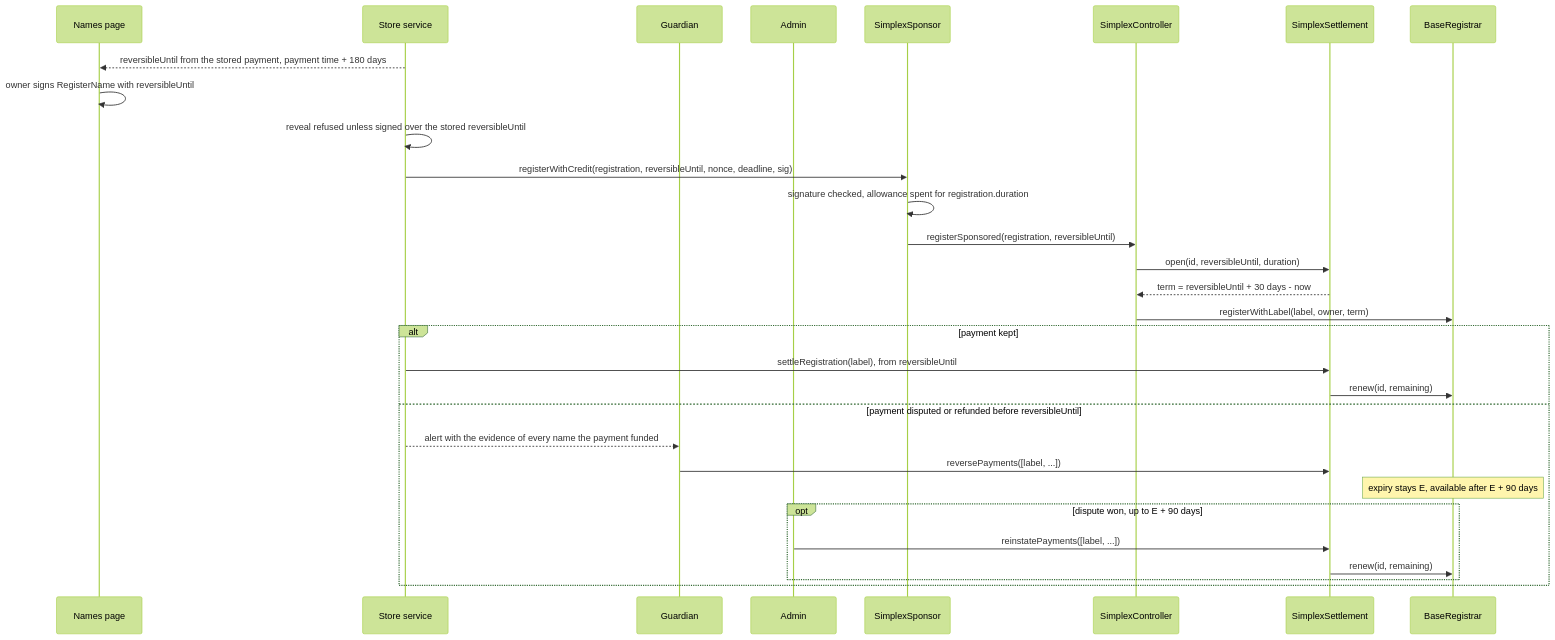
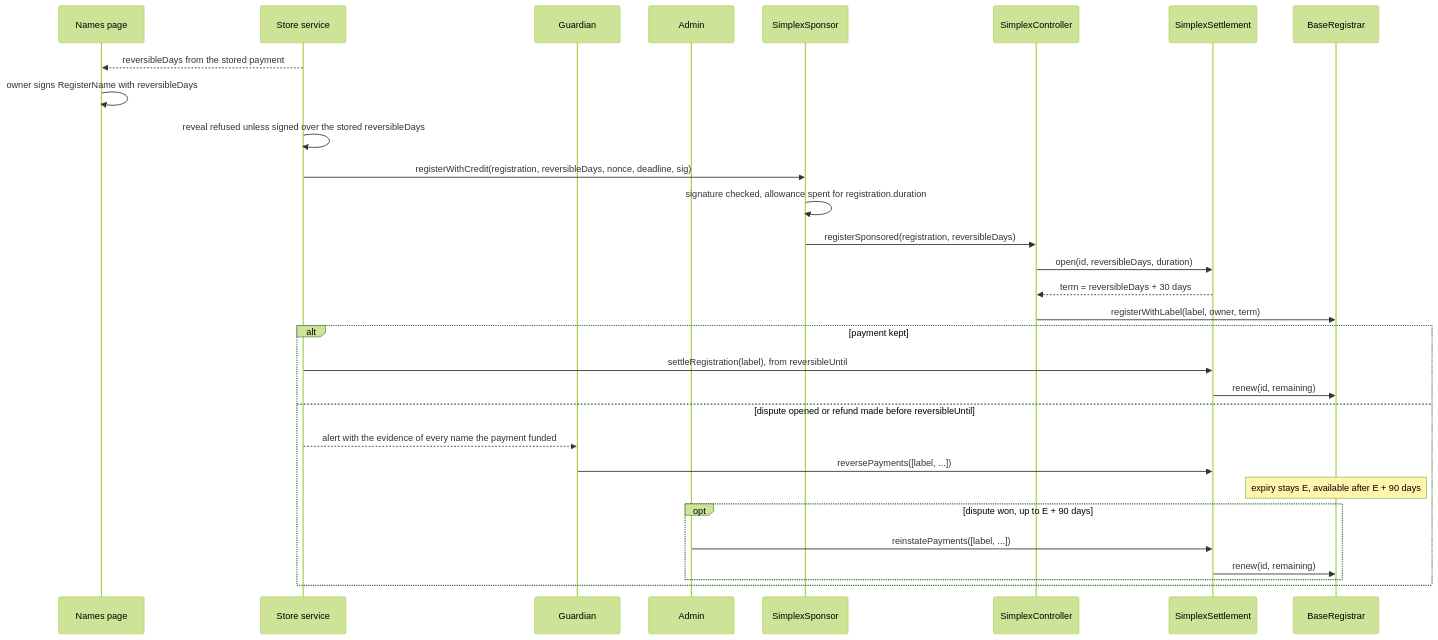
Before and after one commit to brenzi-agent/simplex-namespace-contract: the second of 7 diagrams in docs/plans/payment-reversal.md, drawn with Mermaid (forest theme). The commit also changed other lines of this file, not shown here.

Commit message:
docs: reversible days, claim flow and sales gate in the plan

````diff
--- a/docs/plans/payment-reversal.md
+++ b/docs/plans/payment-reversal.md
@@ -148,32 +152,32 @@
 ```mermaid
 sequenceDiagram
   participant P as Names page
   participant S as Store service
   participant G as Guardian
   participant A as Admin
   participant Sp as SimplexSponsor
   participant C as SimplexController
   participant St as SimplexSettlement
   participant R as BaseRegistrar
-  S-->>P: reversibleUntil from the stored payment, payment time + 180 days
-  P->>P: owner signs RegisterName with reversibleUntil
-  S->>S: reveal refused unless signed over the stored reversibleUntil
-  S->>Sp: registerWithCredit(registration, reversibleUntil, nonce, deadline, sig)
+  S-->>P: reversibleDays from the stored payment
+  P->>P: owner signs RegisterName with reversibleDays
+  S->>S: reveal refused unless signed over the stored reversibleDays
+  S->>Sp: registerWithCredit(registration, reversibleDays, nonce, deadline, sig)
   Sp->>Sp: signature checked, allowance spent for registration.duration
-  Sp->>C: registerSponsored(registration, reversibleUntil)
-  C->>St: open(id, reversibleUntil, duration)
-  St-->>C: term = reversibleUntil + 30 days - now
+  Sp->>C: registerSponsored(registration, reversibleDays)
+  C->>St: open(id, reversibleDays, duration)
+  St-->>C: term = reversibleDays + 30 days
   C->>R: registerWithLabel(label, owner, term)
   alt payment kept
     S->>St: settleRegistration(label), from reversibleUntil
     St->>R: renew(id, remaining)
-  else payment disputed or refunded before reversibleUntil
+  else dispute opened or refund made before reversibleUntil
     S-->>G: alert with the evidence of every name the payment funded
     G->>St: reversePayments([label, ...])
     Note over R: expiry stays E, available after E + 90 days
     opt dispute won, up to E + 90 days
       A->>St: reinstatePayments([label, ...])
       St->>R: renew(id, remaining)
     end
   end
 ```
````
